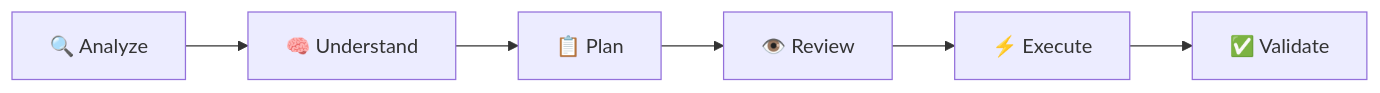
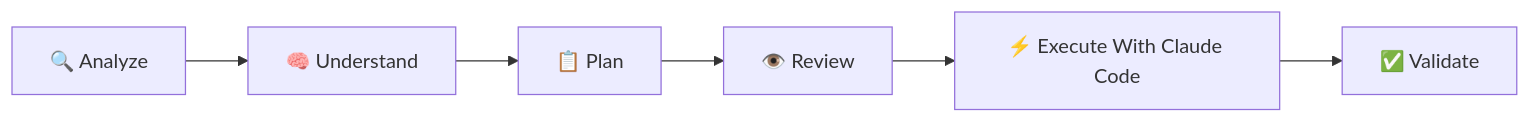
One commit to xiaocang/claude-codex-bridge changed the first of 2 diagrams in README.md. Above: the diagram before and after it, drawn with Mermaid. The commit also changed other lines of this file and 1 other file, not shown here.

````diff
--- a/README.md
+++ b/README.md
@@ -23,8 +27,8 @@
 ```mermaid
 graph LR
     A[🔍 Analyze] --> B[🧠 Understand]
     B --> C[📋 Plan]
     C --> D[👁️ Review]
-    D --> E[⚡ Execute]
+    D --> E[⚡ Execute With Claude Code]
     E --> F[✅ Validate]
 ```
````
